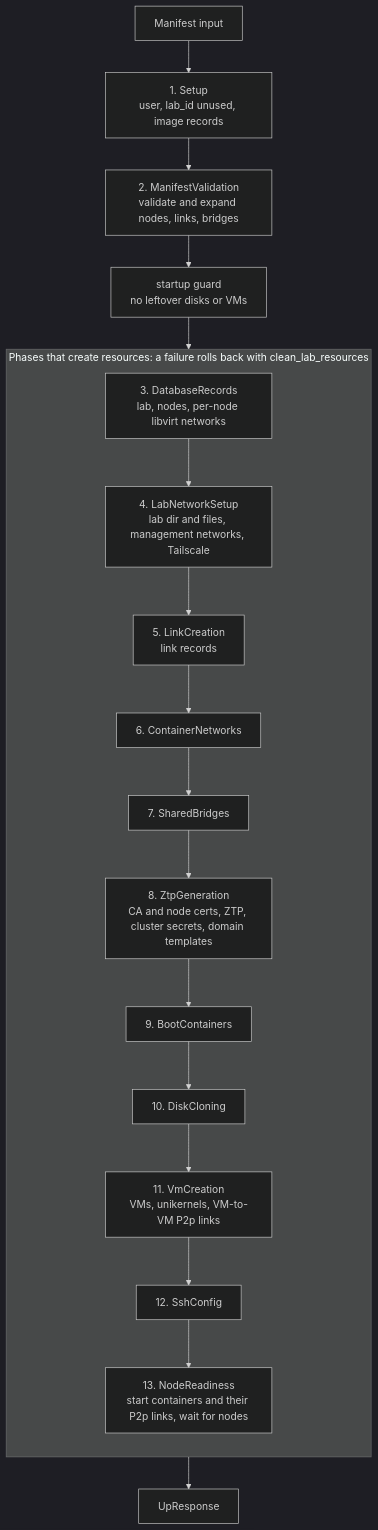
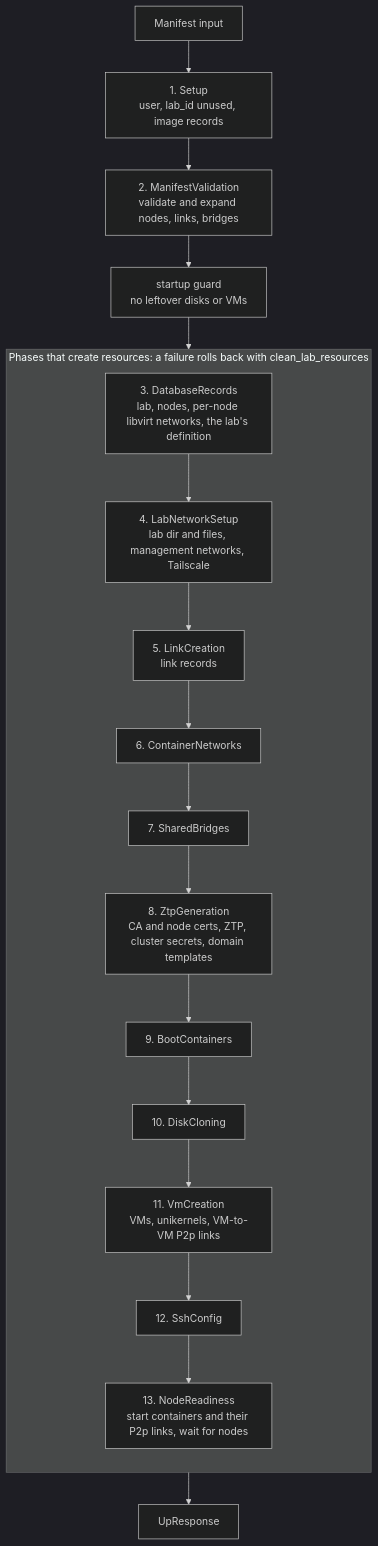
Diagram 21 of 26 in docs/architecture/SERVER.md (bwks/sherpa), drawn with Mermaid (dark theme) before and after one commit. The commit also changed other lines of this file and 92 other files, not shown here.

````diff
--- a/docs/architecture/SERVER.md
+++ b/docs/architecture/SERVER.md
@@ -1125,23 +1150,23 @@
 ```mermaid
 flowchart TB
     input["Manifest input"] --> setup["1. Setup<br/>user, lab_id unused, image records"]
     setup --> validation["2. ManifestValidation<br/>validate and expand nodes, links, bridges"]
     validation --> guard["startup guard<br/>no leftover disks or VMs"]
     subgraph created["Phases that create resources: a failure rolls back with clean_lab_resources"]
         direction TB
-        db["3. DatabaseRecords<br/>lab, nodes, per-node libvirt networks"]
+        db["3. DatabaseRecords<br/>lab, nodes, per-node libvirt networks, the lab's definition"]
         labnet["4. LabNetworkSetup<br/>lab dir and files, management networks, Tailscale"]
         links["5. LinkCreation<br/>link records"]
         ctrnets["6. ContainerNetworks"]
         bridges["7. SharedBridges"]
         ztp["8. ZtpGeneration<br/>CA and node certs, ZTP, cluster secrets, domain templates"]
         boot["9. BootContainers"]
         disks["10. DiskCloning"]
         vms["11. VmCreation<br/>VMs, unikernels, VM-to-VM P2p links"]
         ssh["12. SshConfig"]
         ready["13. NodeReadiness<br/>start containers and their P2p links, wait for nodes"]
         db --> labnet --> links --> ctrnets --> bridges --> ztp --> boot --> disks --> vms --> ssh --> ready
     end
     guard --> db
     ready --> response["UpResponse"]
 ```
````
